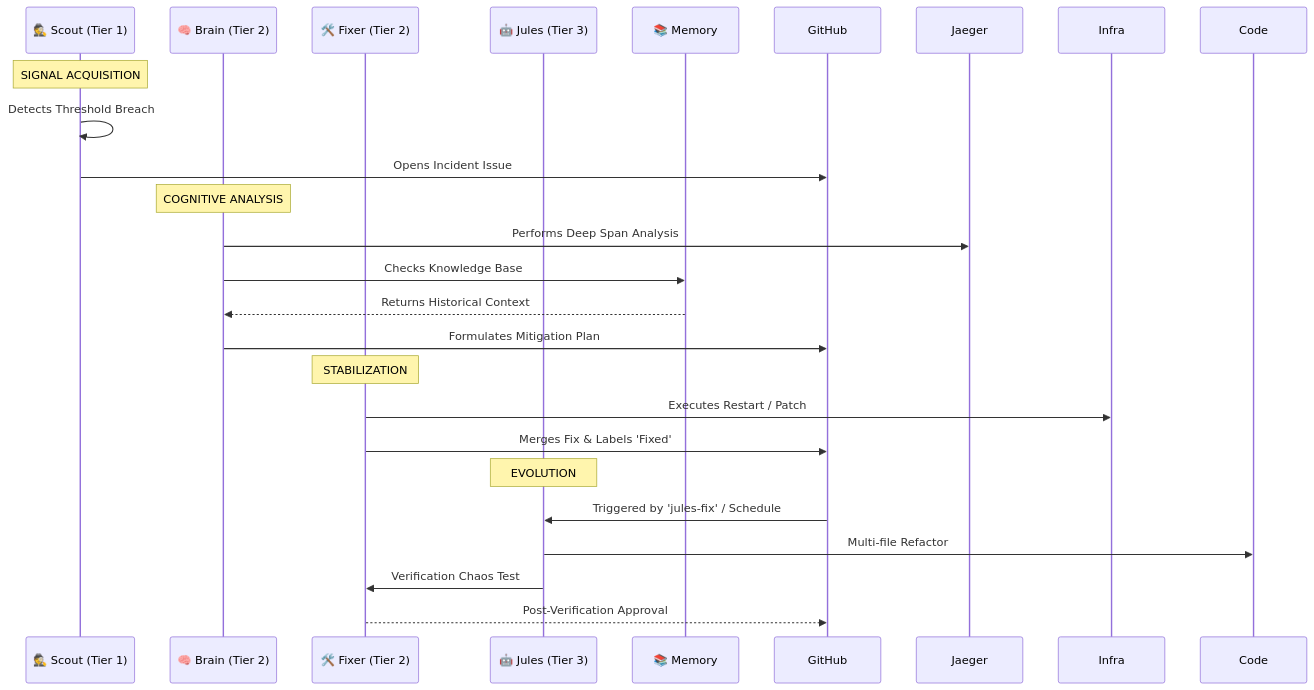
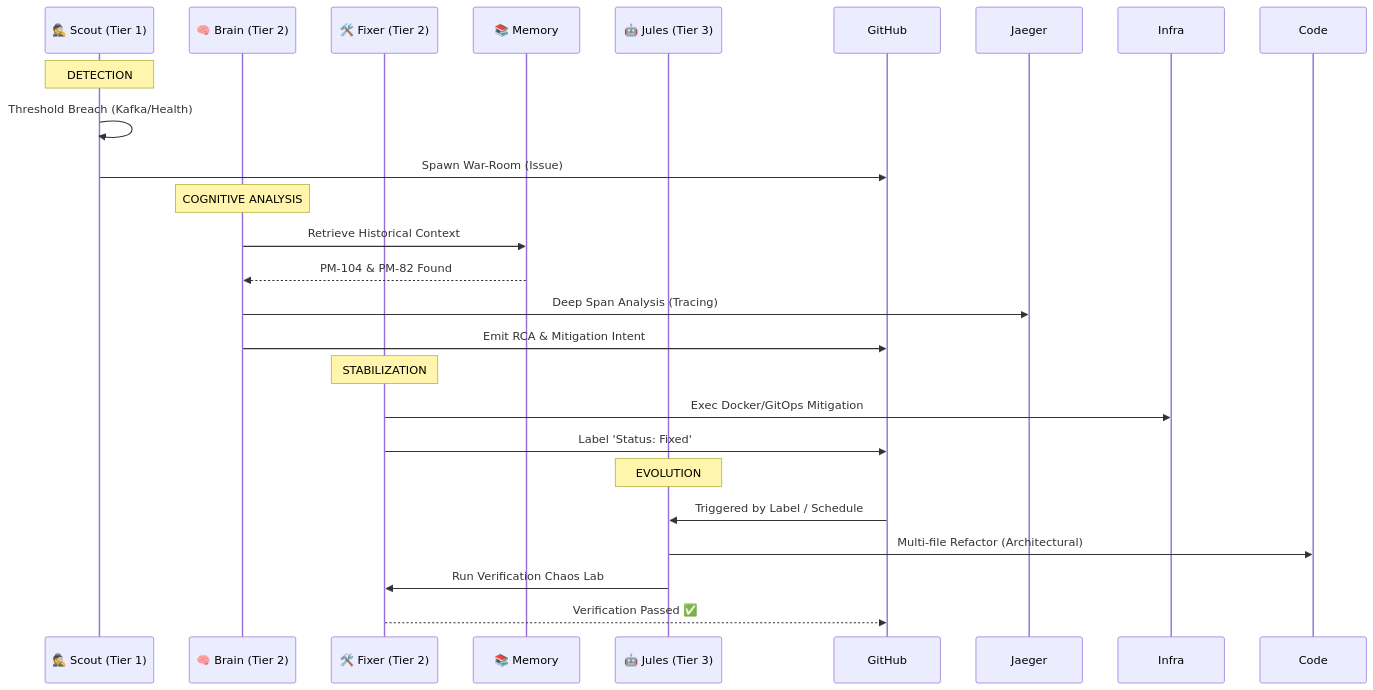
One commit to mohammedsalmanj/sre.space-cp changed the diagram in AGENTS.md. Above: the diagram before and after it, drawn with Mermaid. The commit also changed other lines of this file and 12 other files, not shown here.

````diff
--- a/AGENTS.md
+++ b/AGENTS.md
@@ -11,28 +11,28 @@
 ```mermaid
 sequenceDiagram
     participant Scout as 🕵️ Scout (Tier 1)
     participant Brain as 🧠 Brain (Tier 2)
     participant Fixer as 🛠️ Fixer (Tier 2)
+    participant Memory as 📚 Memory
     participant Jules as 🤖 Jules (Tier 3)
-    participant Memory as 📚 Memory
 
-    Note over Scout: SIGNAL ACQUISITION
-    Scout->>Scout: Detects Threshold Breach
-    Scout->>GitHub: Opens Incident Issue
+    Note over Scout: DETECTION
+    Scout->>Scout: Threshold Breach (Kafka/Health)
+    Scout->>GitHub: Spawn War-Room (Issue)
 
     Note over Brain: COGNITIVE ANALYSIS
-    Brain->>Jaeger: Performs Deep Span Analysis
-    Brain->>Memory: Checks Knowledge Base
-    Memory-->>Brain: Returns Historical Context
-    Brain->>GitHub: Formulates Mitigation Plan
+    Brain->>Memory: Retrieve Historical Context
+    Memory-->>Brain: PM-104 & PM-82 Found
+    Brain->>Jaeger: Deep Span Analysis (Tracing)
+    Brain->>GitHub: Emit RCA & Mitigation Intent
 
     Note over Fixer: STABILIZATION
-    Fixer->>Infra: Executes Restart / Patch
-    Fixer->>GitHub: Merges Fix & Labels 'Fixed'
+    Fixer->>Infra: Exec Docker/GitOps Mitigation
+    Fixer->>GitHub: Label 'Status: Fixed'
 
     Note over Jules: EVOLUTION
-    GitHub->>Jules: Triggered by 'jules-fix' / Schedule
-    Jules->>Code: Multi-file Refactor
-    Jules->>Fixer: Verification Chaos Test
-    Fixer-->>GitHub: Post-Verification Approval
+    GitHub->>Jules: Triggered by Label / Schedule
+    Jules->>Code: Multi-file Refactor (Architectural)
+    Jules->>Fixer: Run Verification Chaos Lab
+    Fixer-->>GitHub: Verification Passed ✅
 ```
````
